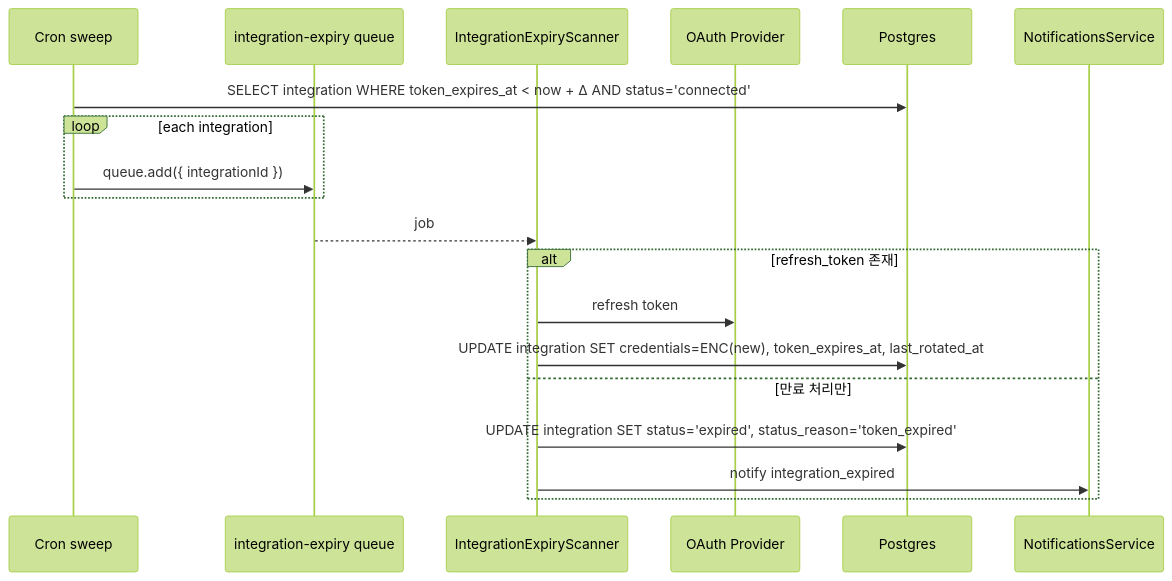
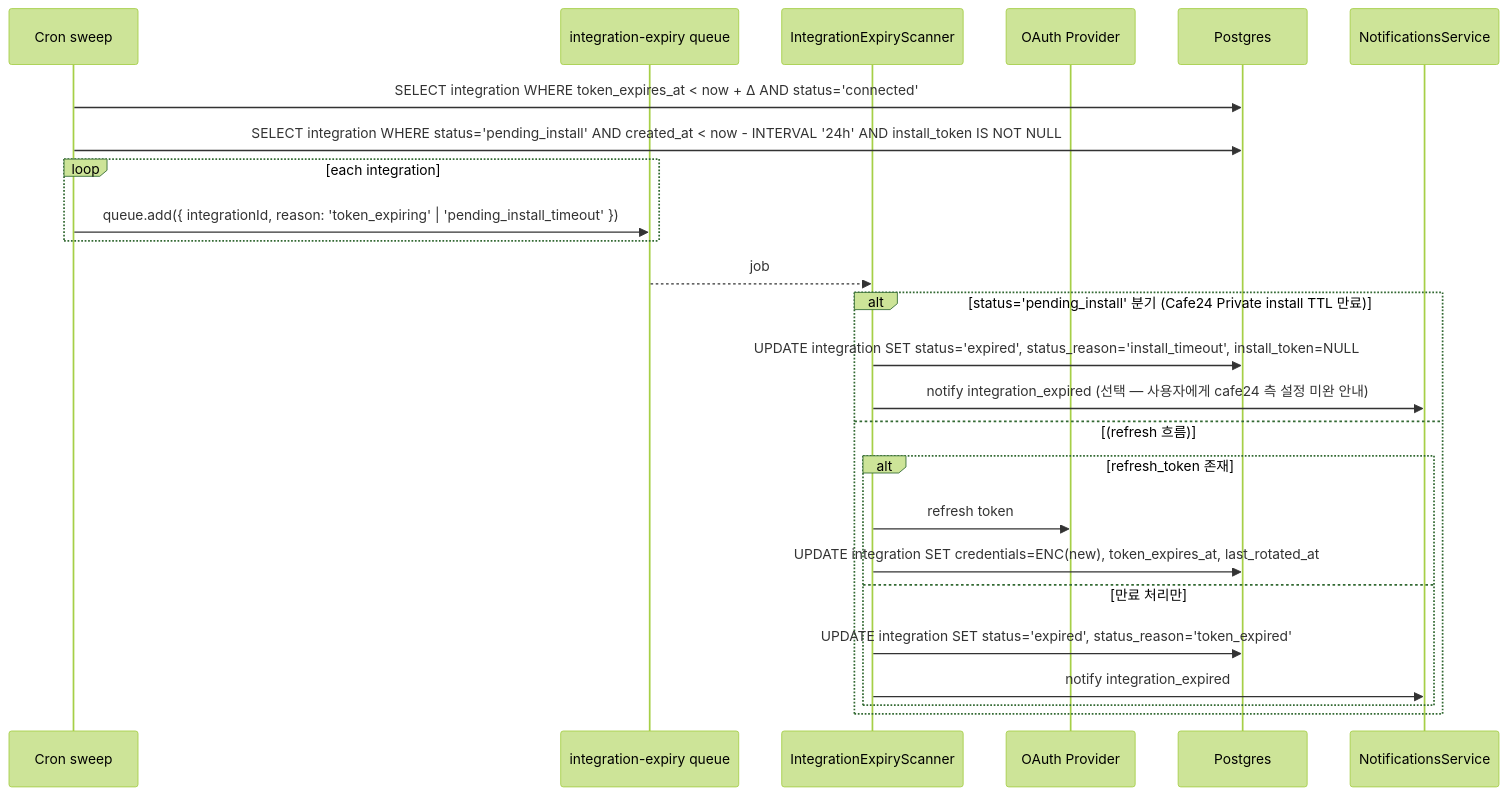
Before and after one commit to worker-ants/clemvion: the fifth of 6 diagrams in spec/data-flow/integration.md, drawn with Mermaid (forest theme). The commit also changed other lines of this file and 77 other files, not shown here.

````diff
--- a/spec/data-flow/integration.md
+++ b/spec/data-flow/integration.md
@@ -87,22 +130,28 @@
 ```mermaid
 sequenceDiagram
   participant Cron as Cron sweep
   participant Q as integration-expiry queue
   participant Scan as IntegrationExpiryScanner
   participant Prov as OAuth Provider
   participant PG as Postgres
   participant Noti as NotificationsService
 
   Cron->>PG: SELECT integration WHERE token_expires_at < now + Δ AND status='connected'
+  Cron->>PG: SELECT integration WHERE status='pending_install' AND created_at < now - INTERVAL '24h' AND install_token IS NOT NULL
   loop each integration
-    Cron->>Q: queue.add({ integrationId })
+    Cron->>Q: queue.add({ integrationId, reason: 'token_expiring' | 'pending_install_timeout' })
   end
   Q-->>Scan: job
-  alt refresh_token 존재
-    Scan->>Prov: refresh token
-    Scan->>PG: UPDATE integration SET credentials=ENC(new), token_expires_at, last_rotated_at
-  else 만료 처리만
-    Scan->>PG: UPDATE integration SET status='expired', status_reason='token_expired'
-    Scan->>Noti: notify integration_expired
+  alt status='pending_install' 분기 (Cafe24 Private install TTL 만료)
+    Scan->>PG: UPDATE integration SET status='expired', status_reason='install_timeout', install_token=NULL
+    Scan->>Noti: notify integration_expired (선택 — 사용자에게 cafe24 측 설정 미완 안내)
+  else (refresh 흐름)
+    alt refresh_token 존재
+      Scan->>Prov: refresh token
+      Scan->>PG: UPDATE integration SET credentials=ENC(new), token_expires_at, last_rotated_at
+    else 만료 처리만
+      Scan->>PG: UPDATE integration SET status='expired', status_reason='token_expired'
+      Scan->>Noti: notify integration_expired
+    end
   end
 ```
````
